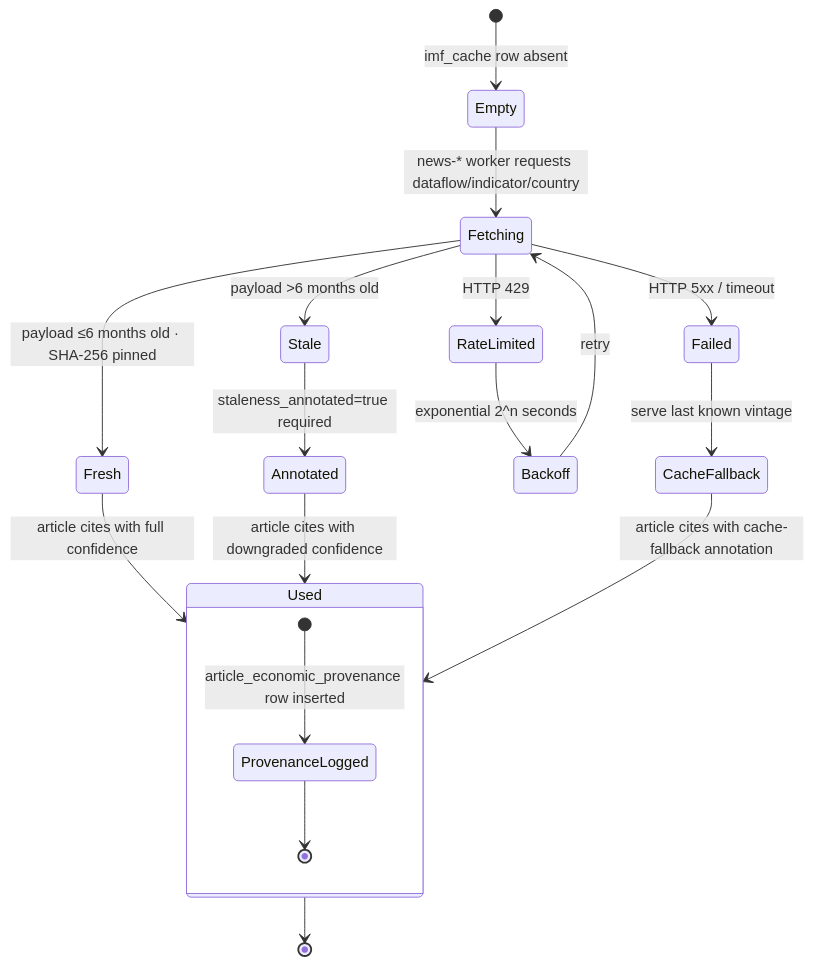
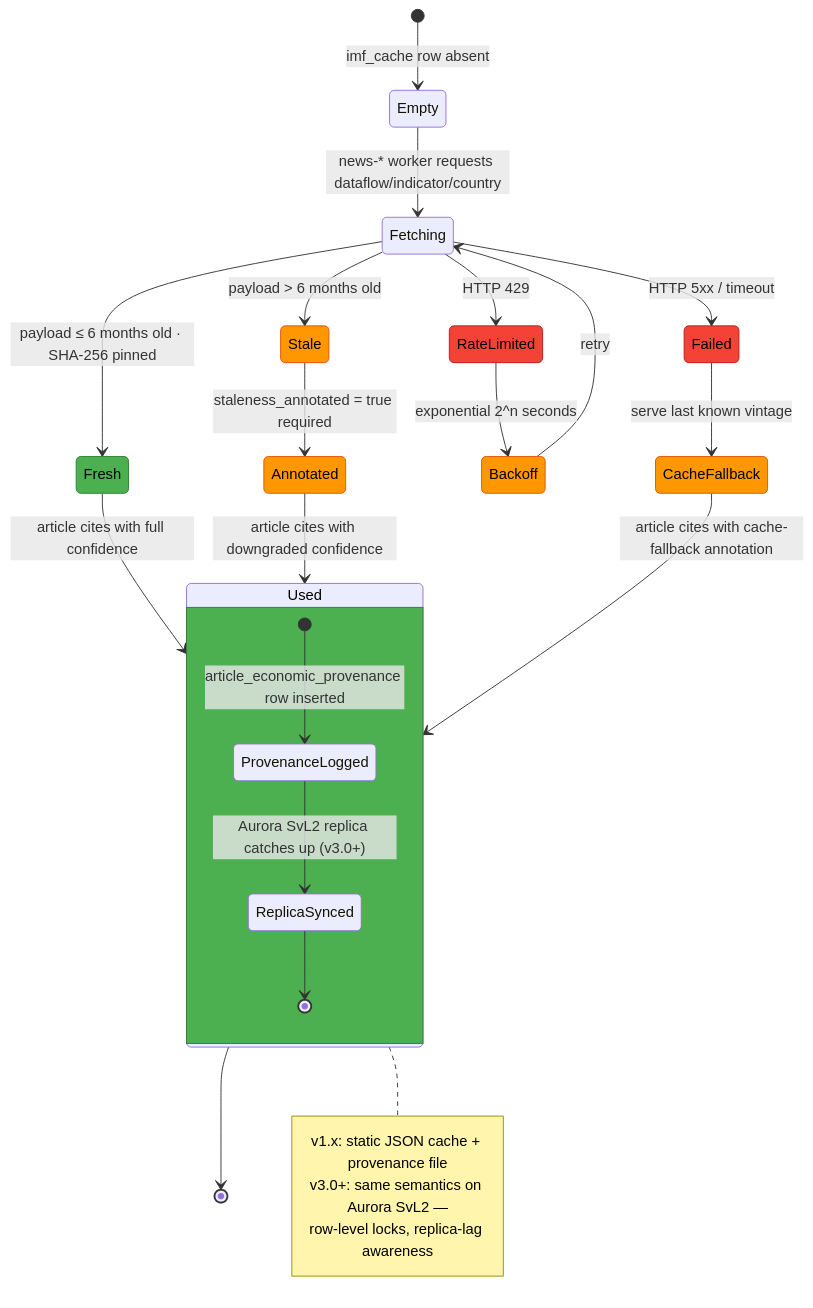
Diagram 17 of 18 in FUTURE_STATEDIAGRAM.md (Hack23/riksdagsmonitor), drawn with Mermaid before and after one commit. The commit also changed other lines of this file and 5 other files, not shown here.

Commit message:
Rewrite FUTURE_DATA_MODEL.md as three-horizon data architecture (v3.0)

````diff
--- a/FUTURE_STATEDIAGRAM.md
+++ b/FUTURE_STATEDIAGRAM.md
@@ -950,22 +936,36 @@
 ```mermaid
 stateDiagram-v2
     [*] --> Empty: imf_cache row absent
     Empty --> Fetching: news-* worker requests dataflow/indicator/country
-    Fetching --> Fresh: payload ≤6 months old · SHA-256 pinned
-    Fetching --> Stale: payload >6 months old
+    Fetching --> Fresh: payload ≤ 6 months old · SHA-256 pinned
+    Fetching --> Stale: payload > 6 months old
     Fetching --> RateLimited: HTTP 429
     Fetching --> Failed: HTTP 5xx / timeout
     Fresh --> Used: article cites with full confidence
-    Stale --> Annotated: staleness_annotated=true required
+    Stale --> Annotated: staleness_annotated = true required
     Annotated --> Used: article cites with downgraded confidence
     RateLimited --> Backoff: exponential 2^n seconds
     Backoff --> Fetching: retry
     Failed --> CacheFallback: serve last known vintage
     CacheFallback --> Used: article cites with cache-fallback annotation
     Used --> [*]
 
     state Used {
         [*] --> ProvenanceLogged: article_economic_provenance row inserted
-        ProvenanceLogged --> [*]
+        ProvenanceLogged --> ReplicaSynced: Aurora SvL2 replica catches up (v3.0+)
+        ReplicaSynced --> [*]
     }
+
+    note right of Used
+        v1.x: static JSON cache + provenance file
+        v3.0+: same semantics on Aurora SvL2 —
+        row-level locks, replica-lag awareness
+    end note
+
+    classDef ok fill:#4caf50,stroke:#2e7d32,color:#000000
+    classDef warn fill:#ff9800,stroke:#e65100,color:#000000
+    classDef err fill:#f44336,stroke:#b71c1c,color:#000000
+    class Fresh,Used ok
+    class Stale,Annotated,Backoff,CacheFallback warn
+    class RateLimited,Failed err
 ```
````
